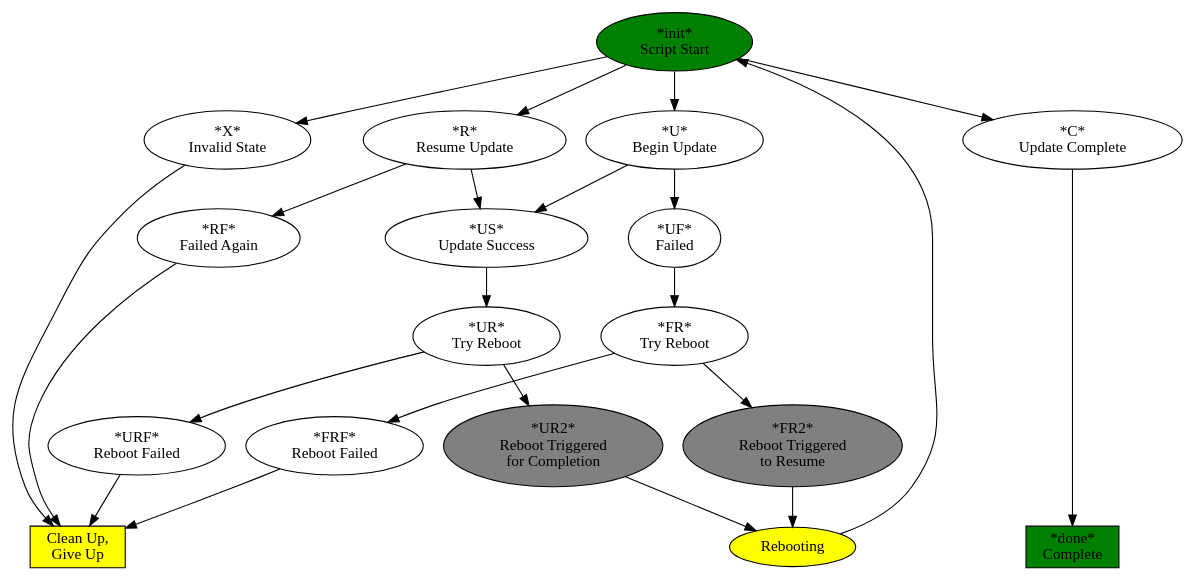
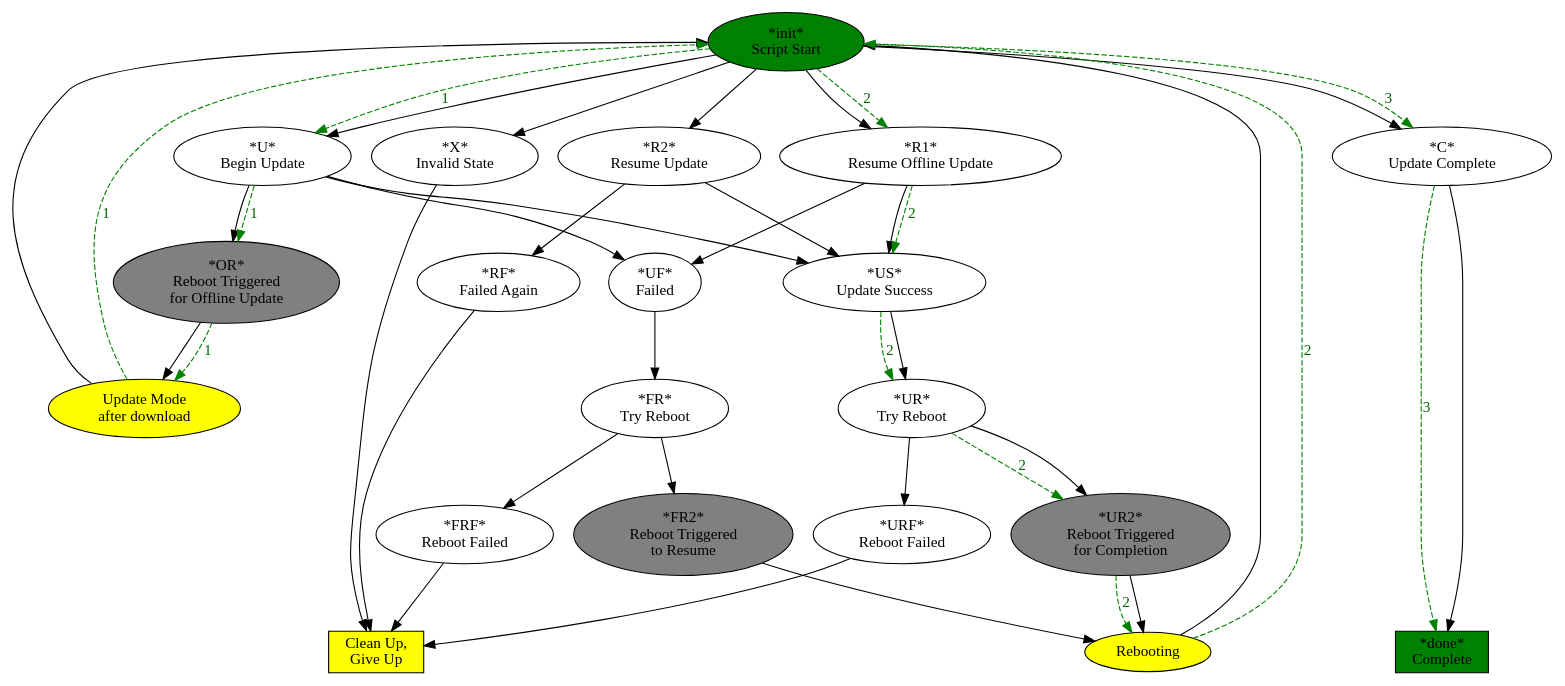
One commit to TplusA/UpdaTA changed the diagram in states.dot. Above: the diagram before and after it, drawn with Graphviz. The commit also changed 1 other file, not shown here.

Commit message:
doc: Planning another state for offline system update.
We have separate download and installation phases now to avoid
dependencies on the running system. We download while the network
connection is available for sure, then enter systemd's system update
target, then continue with offline system update.

The download and installation steps were handled as a single step
before, but this approach caused many problems when trying to update
the webserver and also dcpd. The new approach should be much more
reliable, at the (low) cost of going through another reboot.

```diff
--- a/states.dot
+++ b/states.dot
@@ -1,43 +1,61 @@
 digraph States
 {
 init[label="*init*\nScript Start", fillcolor=green, style=filled];
 
 {
 rank=same;
 ud_begin[label="*U*\nBegin Update"];
-ud_resume[label="*R*\nResume Update"];
+ud_resume1[label="*R1*\nResume Offline Update"];
+ud_resume2[label="*R2*\nResume Update"];
 ud_multifail[label="*X*\nInvalid State"];
 ud_done[label="*C*\nUpdate Complete"];
 }
 
 {
 rank=same;
+u_success[label="*OR*\nReboot Triggered\nfor Offline Update", fillcolor=grey, style=filled];
 ud_success[label="*US*\nUpdate Success"];
 ud_failed[label="*UF*\nFailed"];
 ud_failed_again[label="*RF*\nFailed Again"];
 }
 
+offline_mode[label="Update Mode\nafter download", fillcolor=yellow, style=filled];
 rb_try[label="*UR*\nTry Reboot"];
 rb_try2[label="*FR*\nTry Reboot"];
 rb_success[label="*UR2*\nReboot Triggered\nfor Completion", fillcolor=grey, style=filled];
 rb_success2[label="*FR2*\nReboot Triggered\nto Resume", fillcolor=grey, style=filled];
 rb_doing[label="Rebooting", fillcolor=yellow, style=filled];
 rb_failed[label="*URF*\nReboot Failed"];
 rb_failed2[label="*FRF*\nReboot Failed"];
 
 {
 rank=same;
 give_up[label="Clean Up,\nGive Up", fillcolor=yellow, style=filled, shape=box];
 done[label="*done*\nComplete", fillcolor=green, style=filled, shape=box];
 }
 
 init -> ud_begin -> ud_success -> rb_try -> rb_success -> rb_doing -> init -> ud_done -> done;
 ud_begin -> ud_failed -> rb_try2 -> rb_success2 -> rb_doing;
+ud_begin -> u_success-> offline_mode -> init;
 rb_try -> rb_failed -> give_up;
 rb_try2 -> rb_failed2 -> give_up;
 
-init -> ud_resume -> ud_success;
-ud_resume -> ud_failed_again -> give_up;
+init -> ud_resume1 -> ud_success;
+ud_resume1 -> ud_failed;
+init -> ud_resume2 -> ud_success;
+ud_resume2 -> ud_failed_again -> give_up;
 
 init -> ud_multifail -> give_up;
+
+subgraph happy_path
+{
+edge[color=green, fontcolor=darkgreen, style=dashed];
+edge[label="1"];
+init -> ud_begin -> u_success -> offline_mode -> init;
+edge[label="2"];
+init -> ud_resume1 -> ud_success -> rb_try -> rb_success -> rb_doing -> init;
+edge[label="3"];
+init -> ud_done -> done;
 }
+
+}
```
